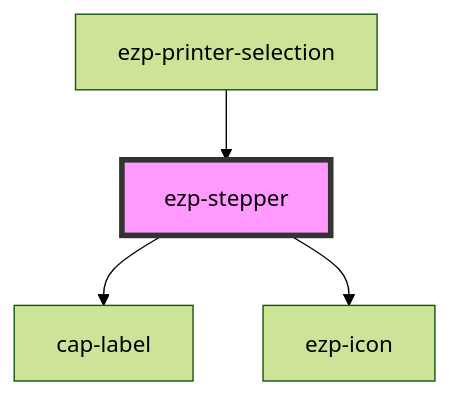
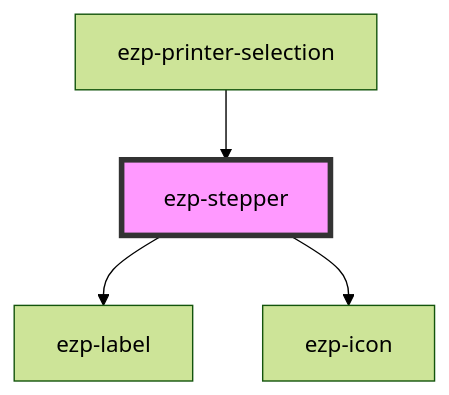
Before and after one commit to ezeep/ezeep-js: the diagram in src/components/ezp-stepper/readme.md, drawn with Mermaid (forest theme). The commit also changed other lines of this file and 42 other files, not shown here.

````diff
--- a/src/components/ezp-stepper/readme.md
+++ b/src/components/ezp-stepper/readme.md
@@ -26,7 +26,7 @@
 ```mermaid
 graph TD;
-  ezp-stepper --> cap-label
+  ezp-stepper --> ezp-label
   ezp-stepper --> ezp-icon
   ezp-printer-selection --> ezp-stepper
   style ezp-stepper fill:#f9f,stroke:#333,stroke-width:4px
 ```
````
